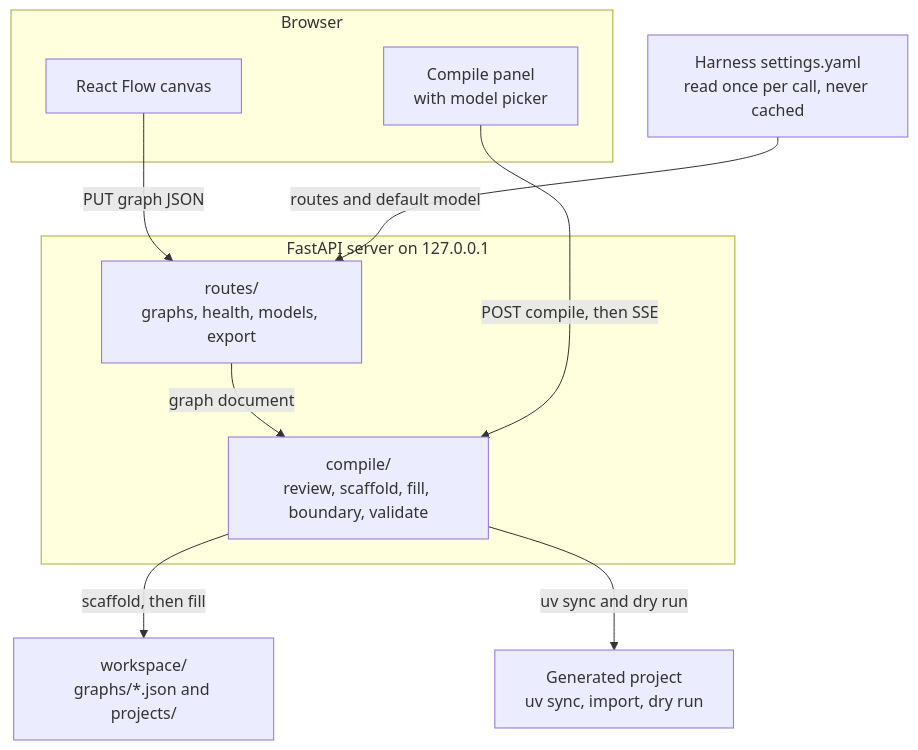
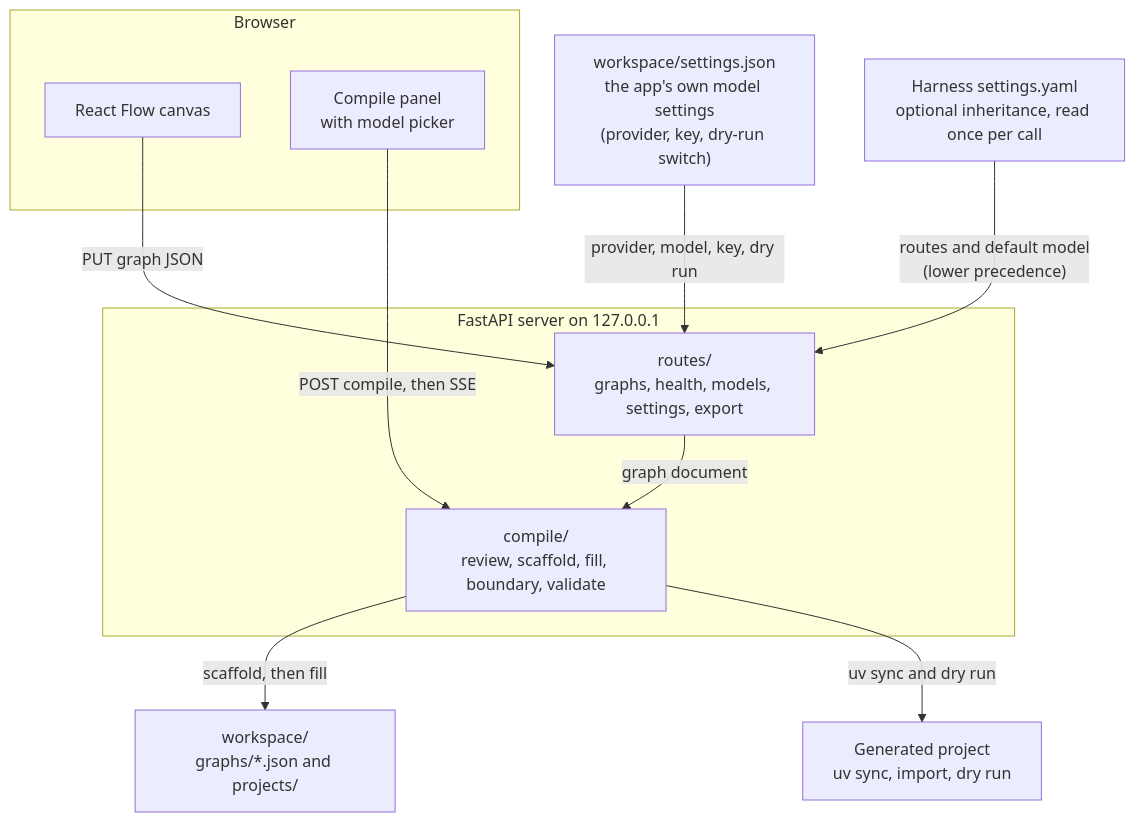
One commit to zaterka/swarm-builder changed the first of 2 diagrams in docs/architecture.md. Above: the diagram before and after it, drawn with Mermaid. The commit also changed other lines of this file and 67 other files, not shown here.

Commit message:
fix(API): fixed model provider selection

````diff
--- a/docs/architecture.md
+++ b/docs/architecture.md
@@ -28,21 +28,23 @@
 ```mermaid
 flowchart TB
   subgraph browser["Browser"]
     canvas["React Flow canvas"]
     panel["Compile panel<br/>with model picker"]
   end
   subgraph server["FastAPI server on 127.0.0.1"]
-    routes["routes/<br/>graphs, health, models, export"]
+    routes["routes/<br/>graphs, health, models, settings, export"]
     compile["compile/<br/>review, scaffold, fill, boundary, validate"]
   end
-  settings["Harness settings.yaml<br/>read once per call, never cached"]
+  appcfg["workspace/settings.json<br/>the app's own model settings<br/>(provider, key, dry-run switch)"]
+  settings["Harness settings.yaml<br/>optional inheritance, read once per call"]
   ws["workspace/<br/>graphs/*.json and projects/"]
   gate["Generated project<br/>uv sync, import, dry run"]
 
   canvas -->|"PUT graph JSON"| routes
   routes -->|"graph document"| compile
   panel -->|"POST compile, then SSE"| compile
-  settings -->|"routes and default model"| routes
+  appcfg -->|"provider, model, key, dry run"| routes
+  settings -->|"routes and default model<br/>(lower precedence)"| routes
   compile -->|"scaffold, then fill"| ws
   compile -->|"uv sync and dry run"| gate
 ```
````
